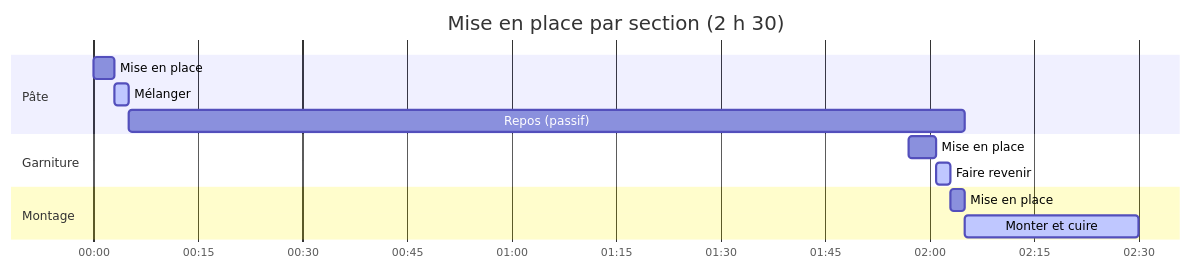
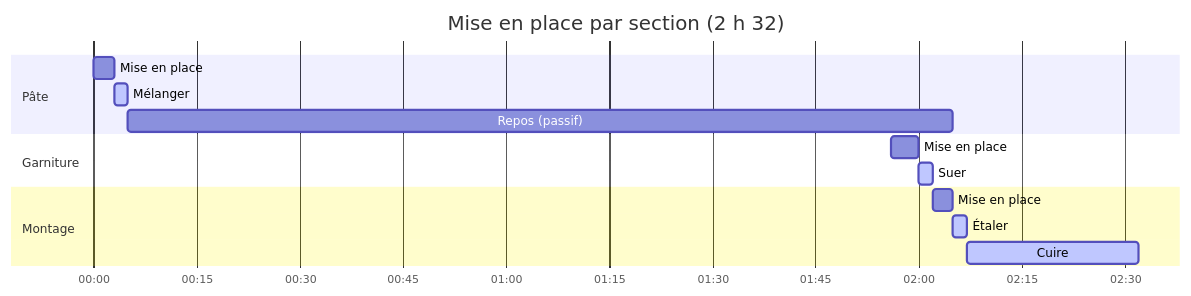
Before and after one commit to gram-lang/gram: the third of 5 diagrams in packages/docs/src/content/docs/fr/docs/explanation/alap-scheduling.mdx, drawn with Mermaid. The commit also changed other lines of this file and 1 other file, not shown here.

Commit message:
docs: align the mise en place diagrams with the updated example recipe

````diff
--- a/packages/docs/src/content/docs/fr/docs/explanation/alap-scheduling.mdx
+++ b/packages/docs/src/content/docs/fr/docs/explanation/alap-scheduling.mdx
@@ -98,17 +100,18 @@
 ```mermaid
 gantt
-    title Mise en place par section (2 h 30)
+    title Mise en place par section (2 h 32)
     dateFormat  HH:mm
     axisFormat %H:%M
     todayMarker off
     section Pâte
     Mise en place                     : p1, 00:00, 3m
     Mélanger                          : active, a1, 00:03, 2m
     Repos (passif)                    : r1, 00:05, 120m
     section Garniture
-    Mise en place                     : p2, 01:57, 4m
-    Faire revenir                     : active, a2, 02:01, 2m
+    Mise en place                     : p2, 01:56, 4m
+    Suer                              : active, a2, 02:00, 2m
     section Montage
-    Mise en place                     : p3, 02:03, 2m
-    Monter et cuire                   : active, a3, 02:05, 25m
+    Mise en place                     : p3, 02:02, 3m
+    Étaler                            : active, a3, 02:05, 2m
+    Cuire                             : active, a4, 02:07, 25m
 ```
````
